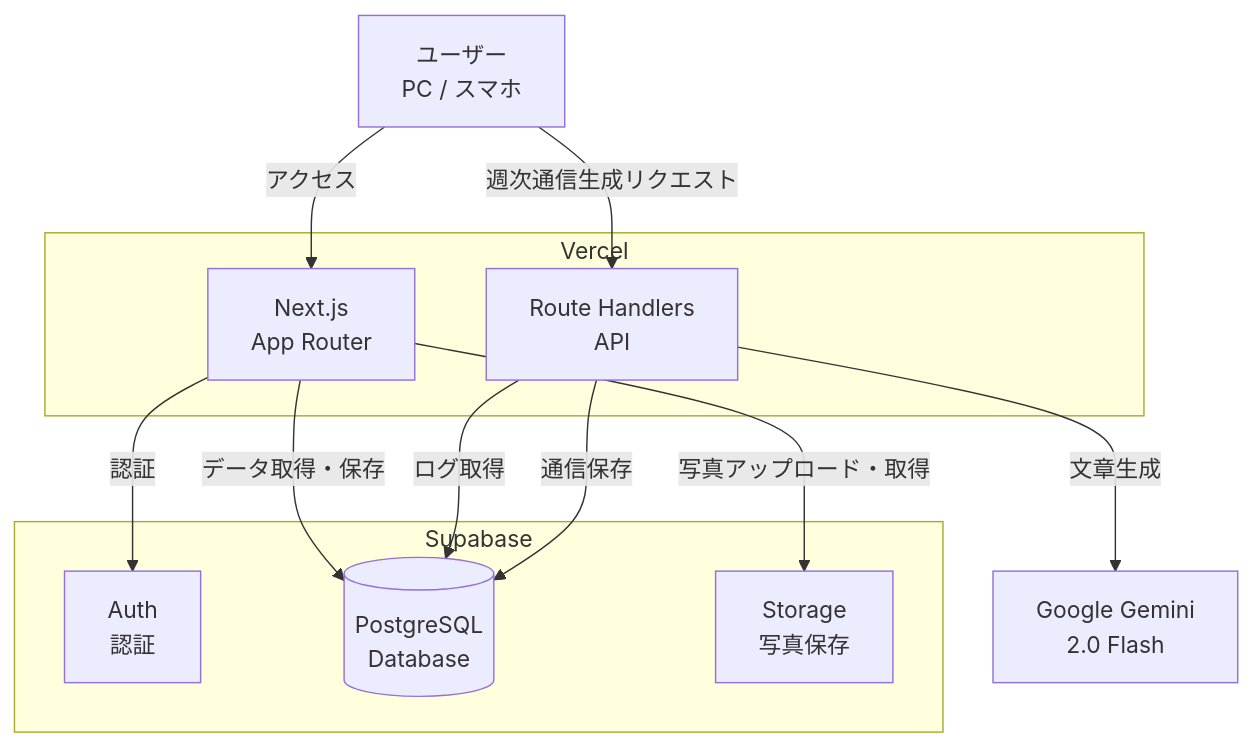
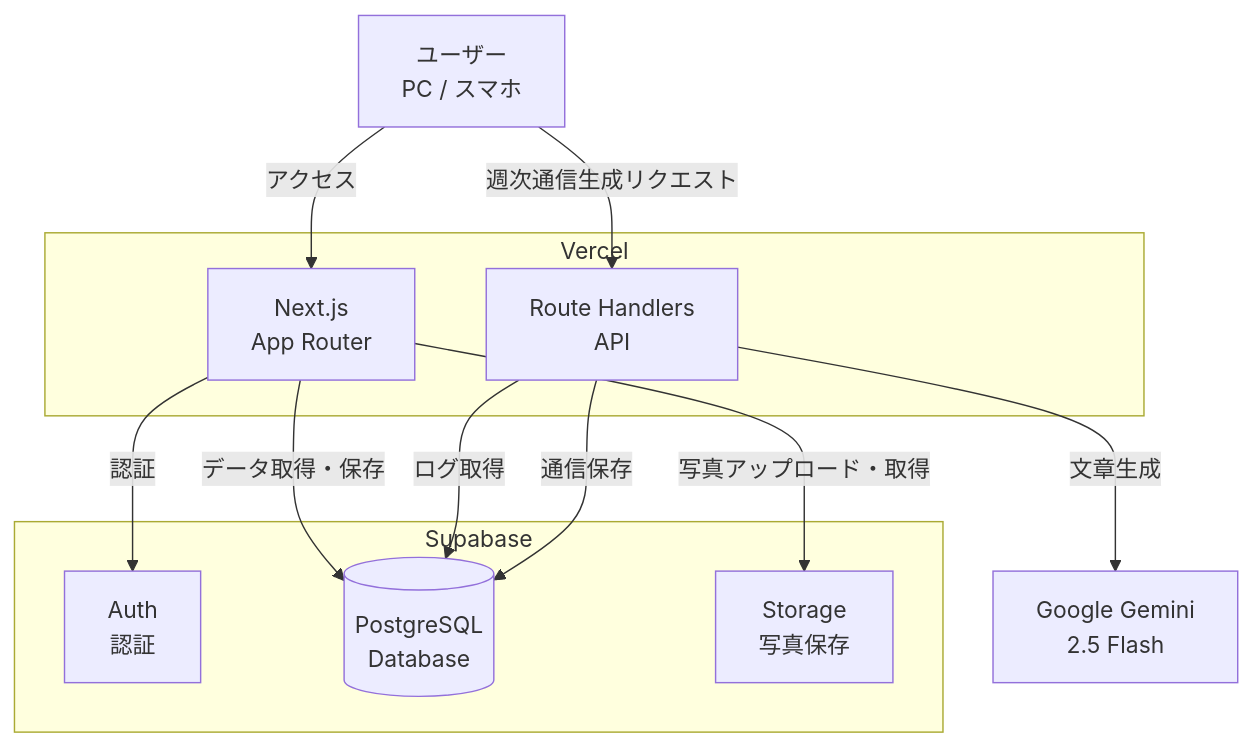
The first of 4 diagrams in docs/functional-design.md (Hiroaki0117/baby-weekly-letter), drawn with Mermaid before and after one commit. The commit also changed other lines of this file and 4 other files, not shown here.

````diff
--- a/docs/functional-design.md
+++ b/docs/functional-design.md
@@ -5,26 +5,26 @@
 ```mermaid
 graph TB
     User[ユーザー<br/>PC / スマホ]
 
     subgraph Vercel
         NextJS[Next.js<br/>App Router]
         RouteHandlers[Route Handlers<br/>API]
     end
 
     subgraph Supabase
         Auth[Auth<br/>認証]
         DB[(PostgreSQL<br/>Database)]
         Storage[Storage<br/>写真保存]
     end
 
-    Gemini[Google Gemini<br/>2.0 Flash]
+    Gemini[Google Gemini<br/>2.5 Flash]
 
     User -->|アクセス| NextJS
     NextJS -->|認証| Auth
     NextJS -->|データ取得・保存| DB
     NextJS -->|写真アップロード・取得| Storage
     User -->|週次通信生成リクエスト| RouteHandlers
     RouteHandlers -->|ログ取得| DB
     RouteHandlers -->|文章生成| Gemini
     RouteHandlers -->|通信保存| DB
 ```
````
